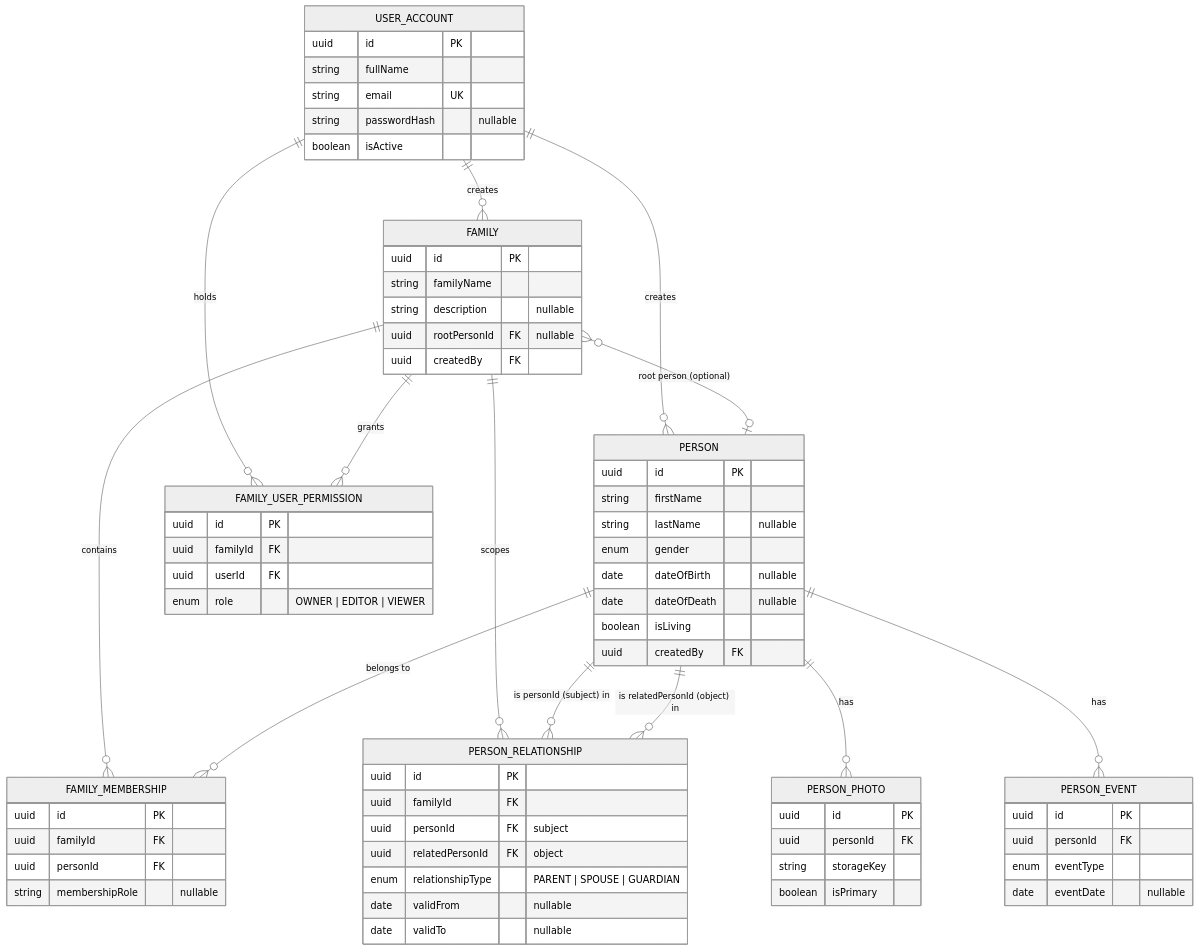
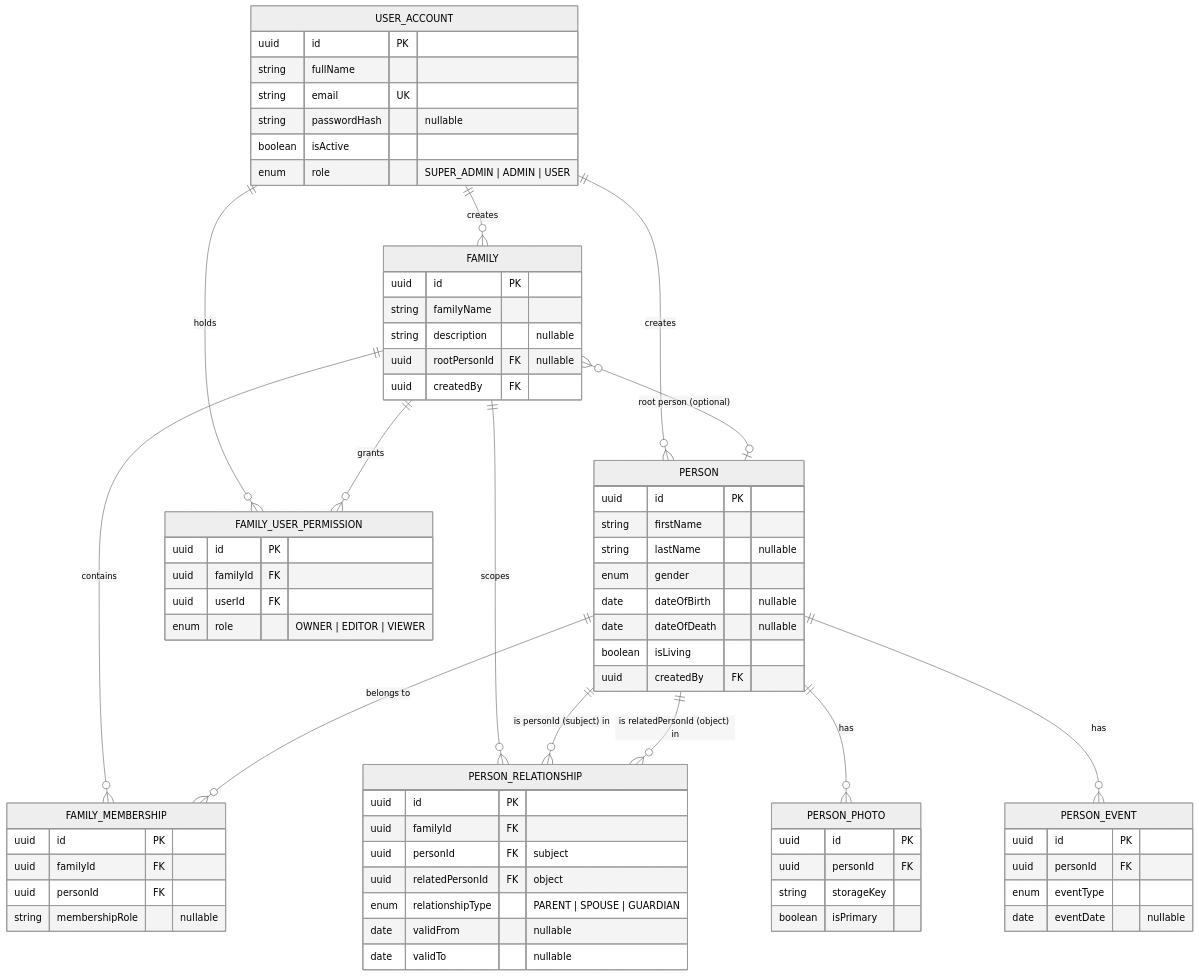
The diagram in README.md (srinujeevan/family-tree), drawn with Mermaid (neutral theme) before and after one commit. The commit also changed other lines of this file and 5 other files, not shown here.

First line of the commit message:
Add system-wide UserRole hierarchy (SUPER_ADMIN/ADMIN/USER)

````diff
--- a/README.md
+++ b/README.md
@@ -98,73 +98,74 @@
 ```mermaid
 erDiagram
     USER_ACCOUNT ||--o{ FAMILY : "creates"
     USER_ACCOUNT ||--o{ PERSON : "creates"
     USER_ACCOUNT ||--o{ FAMILY_USER_PERMISSION : "holds"
     FAMILY ||--o{ FAMILY_USER_PERMISSION : "grants"
     FAMILY ||--o{ FAMILY_MEMBERSHIP : "contains"
     FAMILY ||--o{ PERSON_RELATIONSHIP : "scopes"
     FAMILY }o--o| PERSON : "root person (optional)"
     PERSON ||--o{ FAMILY_MEMBERSHIP : "belongs to"
     PERSON ||--o{ PERSON_PHOTO : "has"
     PERSON ||--o{ PERSON_EVENT : "has"
     PERSON ||--o{ PERSON_RELATIONSHIP : "is personId (subject) in"
     PERSON ||--o{ PERSON_RELATIONSHIP : "is relatedPersonId (object) in"
 
     USER_ACCOUNT {
         uuid id PK
         string fullName
         string email UK
         string passwordHash "nullable"
         boolean isActive
+        enum role "SUPER_ADMIN | ADMIN | USER"
     }
     FAMILY {
         uuid id PK
         string familyName
         string description "nullable"
         uuid rootPersonId FK "nullable"
         uuid createdBy FK
     }
     PERSON {
         uuid id PK
         string firstName
         string lastName "nullable"
         enum gender
         date dateOfBirth "nullable"
         date dateOfDeath "nullable"
         boolean isLiving
         uuid createdBy FK
     }
     FAMILY_MEMBERSHIP {
         uuid id PK
         uuid familyId FK
         uuid personId FK
         string membershipRole "nullable"
     }
     PERSON_RELATIONSHIP {
         uuid id PK
         uuid familyId FK
         uuid personId FK "subject"
         uuid relatedPersonId FK "object"
         enum relationshipType "PARENT | SPOUSE | GUARDIAN"
         date validFrom "nullable"
         date validTo "nullable"
     }
     PERSON_PHOTO {
         uuid id PK
         uuid personId FK
         string storageKey
         boolean isPrimary
     }
     PERSON_EVENT {
         uuid id PK
         uuid personId FK
         enum eventType
         date eventDate "nullable"
     }
     FAMILY_USER_PERMISSION {
         uuid id PK
         uuid familyId FK
         uuid userId FK
         enum role "OWNER | EDITOR | VIEWER"
     }
 ```
````
